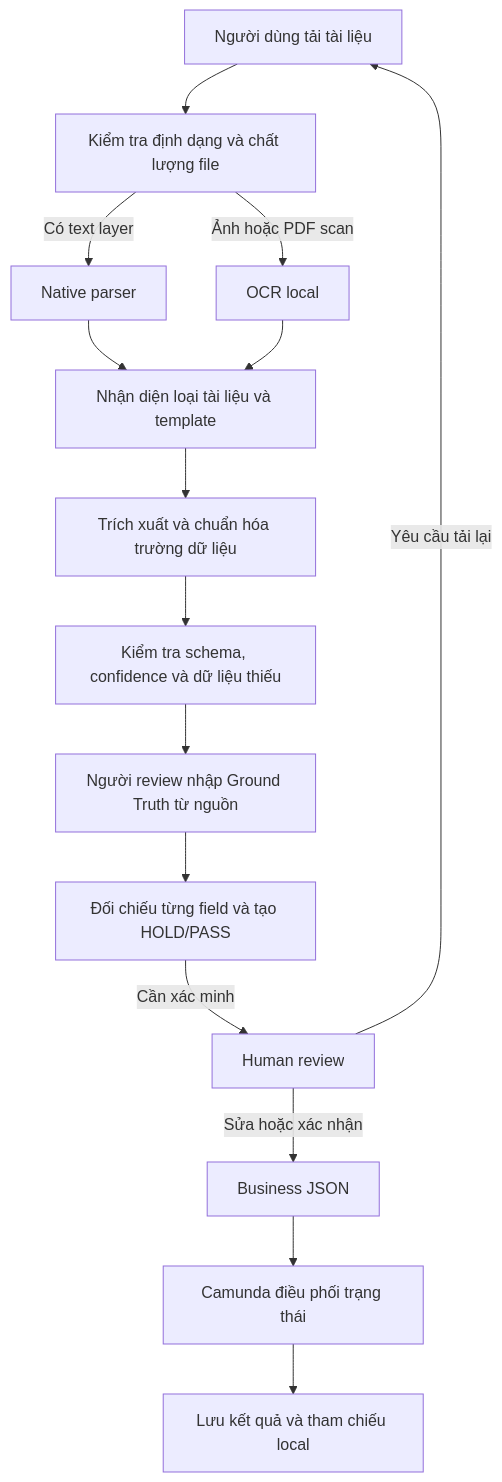
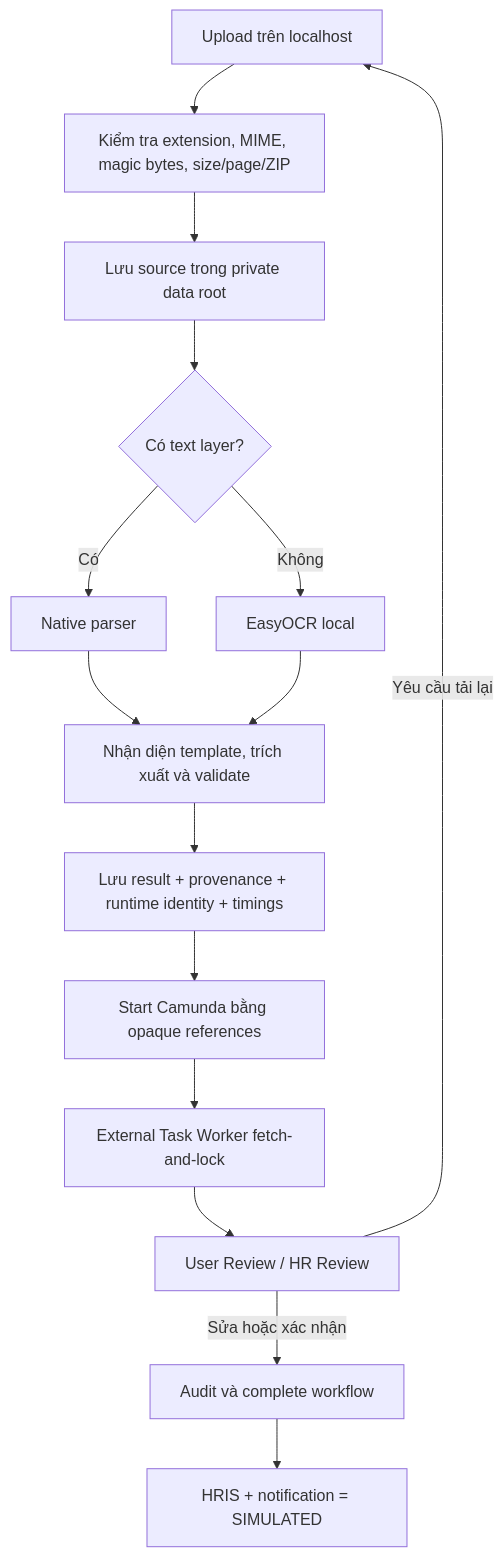
One commit to tandung060604-prog/hcns-automation-agent changed the first of 2 diagrams in README.md. Above: the diagram before and after it, drawn with Mermaid. The commit also changed other lines of this file, not shown here.

Commit message:
docs: refresh operational review and roadmap

````diff
--- a/README.md
+++ b/README.md
@@ -84,17 +126,17 @@
 ```mermaid
 flowchart TD
-    A["Người dùng tải tài liệu"] --> B["Kiểm tra định dạng và chất lượng file"]
-    B -->|"Có text layer"| C["Native parser"]
-    B -->|"Ảnh hoặc PDF scan"| D["OCR local"]
-    C --> E["Nhận diện loại tài liệu và template"]
-    D --> E
-    E --> F["Trích xuất và chuẩn hóa trường dữ liệu"]
-    F --> G["Kiểm tra schema, confidence và dữ liệu thiếu"]
-    G --> H["Người review nhập Ground Truth từ nguồn"]
-    H --> I["Đối chiếu từng field và tạo HOLD/PASS"]
-    I -->|"Cần xác minh"| J["Human review"]
-    J -->|"Sửa hoặc xác nhận"| K["Business JSON"]
-    J -->|"Yêu cầu tải lại"| A
-    K --> L["Camunda điều phối trạng thái"]
-    L --> M["Lưu kết quả và tham chiếu local"]
+    A["Upload trên localhost"] --> B["Kiểm tra extension, MIME, magic bytes, size/page/ZIP"]
+    B --> C["Lưu source trong private data root"]
+    C --> D{"Có text layer?"}
+    D -->|"Có"| E["Native parser"]
+    D -->|"Không"| F["EasyOCR local"]
+    E --> G["Nhận diện template, trích xuất và validate"]
+    F --> G
+    G --> H["Lưu result + provenance + runtime identity + timings"]
+    H --> I["Start Camunda bằng opaque references"]
+    I --> J["External Task Worker fetch-and-lock"]
+    J --> K["User Review / HR Review"]
+    K -->|"Sửa hoặc xác nhận"| L["Audit và complete workflow"]
+    K -->|"Yêu cầu tải lại"| A
+    L --> M["HRIS + notification = SIMULATED"]
 ```
````
